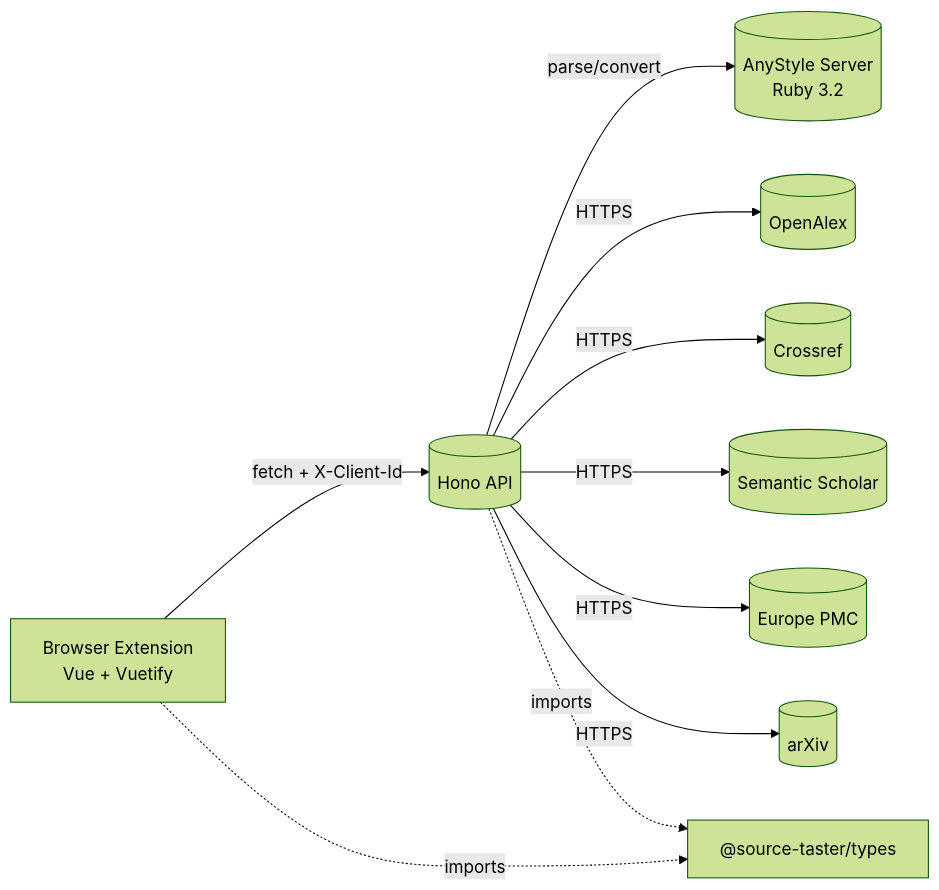
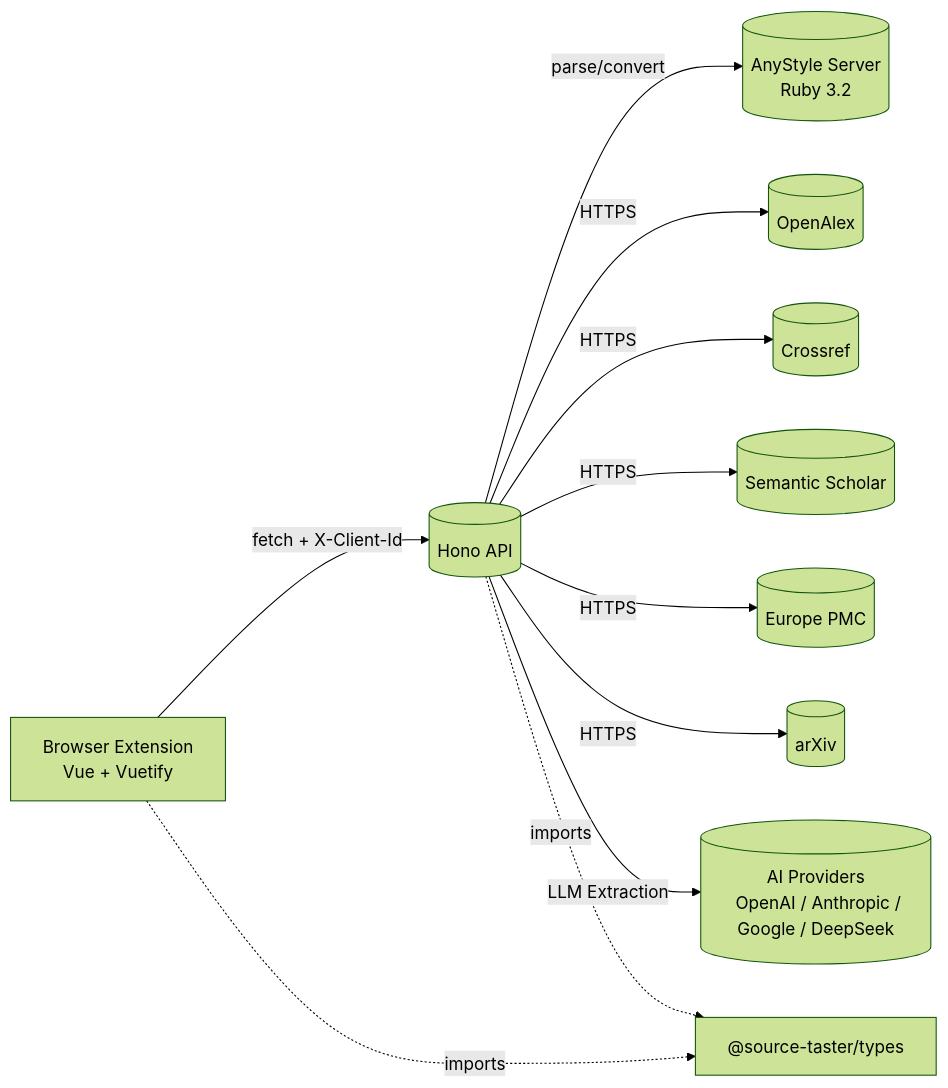
Before and after one commit to jeffnawroth/source-taster: the first of 2 diagrams in apps/docs/en/architecture.md, drawn with Mermaid (forest theme). The commit also changed other lines of this file and 2 other files, not shown here.

Commit message:
fix: update architecture diagrams to include LLM extraction and AI providers

````diff
--- a/apps/docs/en/architecture.md
+++ b/apps/docs/en/architecture.md
@@ -16,15 +16,17 @@
 ```mermaid
 flowchart LR
   Extension[Browser Extension
   Vue + Vuetify] -->|fetch + X-Client-Id| API[(Hono API)]
   API -->|parse/convert| AnyStyle[(AnyStyle Server
   Ruby 3.2)]
   API -->|HTTPS| OpenAlex[(OpenAlex)]
   API -->|HTTPS| Crossref[(Crossref)]
   API -->|HTTPS| Semantic[(Semantic Scholar)]
   API -->|HTTPS| Europe[(Europe PMC)]
   API -->|HTTPS| Arxiv[(arXiv)]
+  API -->|LLM Extraction| AIProviders[(AI Providers
+  OpenAI / Anthropic / Google / DeepSeek)]
   TypesNode["@source-taster/types"]
   Extension -. imports .-> TypesNode
   API -. imports .-> TypesNode
 ```
````
